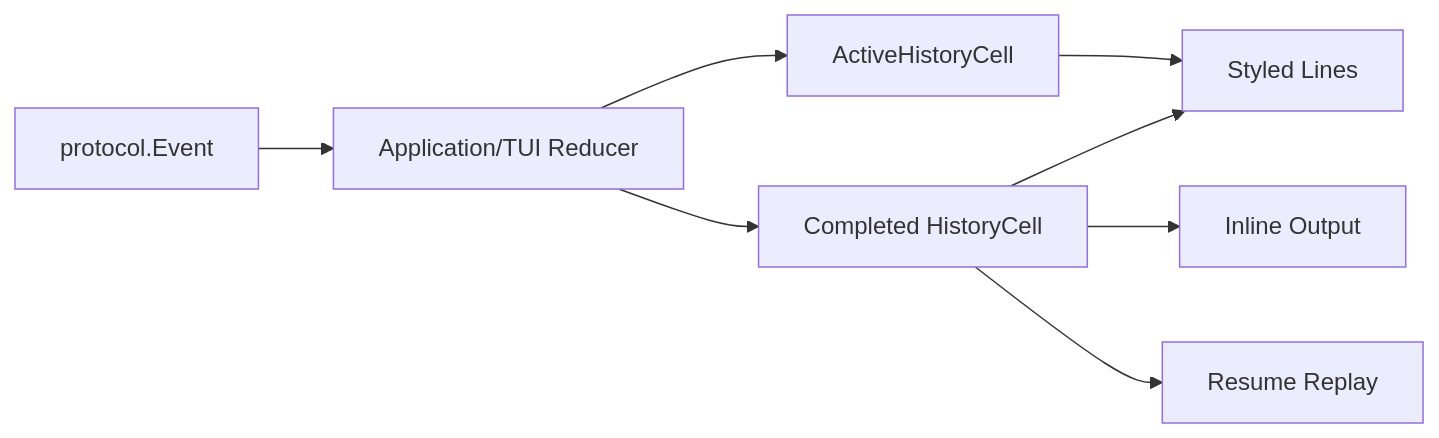
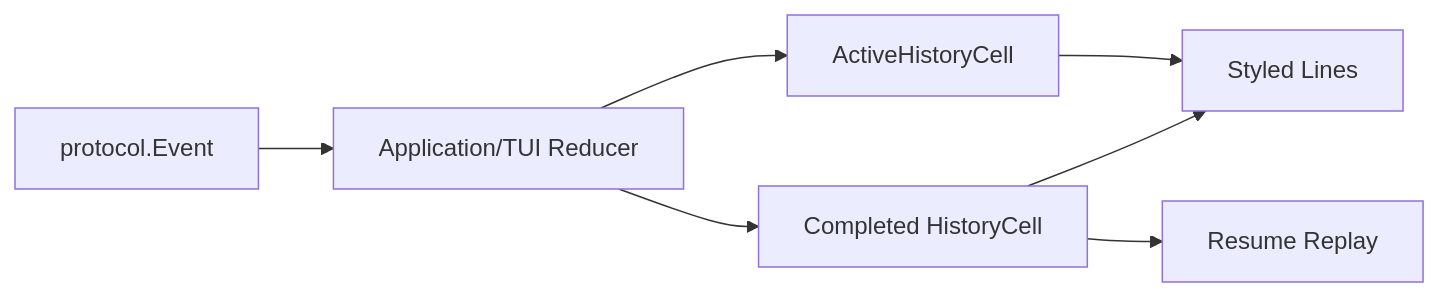
One commit to Godric-W/Amadeus changed diagram 22 of 24 in docs/architecture-whitepaper.md. Above: the diagram before and after it, drawn with Mermaid. The commit also changed other lines of this file and 2 other files, not shown here.

Commit message:
docs: remove obsolete one-shot architecture

````diff
--- a/docs/architecture-whitepaper.md
+++ b/docs/architecture-whitepaper.md
@@ -1135,18 +1135,16 @@
 ```mermaid
 flowchart LR
     Event[protocol.Event]
     Reducer[Application/TUI Reducer]
     Active[ActiveHistoryCell]
     Complete[Completed HistoryCell]
     Render[Styled Lines]
-    Inline[Inline Output]
     Resume[Resume Replay]
 
     Event --> Reducer
     Reducer --> Active
     Reducer --> Complete
     Active --> Render
     Complete --> Render
-    Complete --> Inline
     Complete --> Resume
 ```
````
